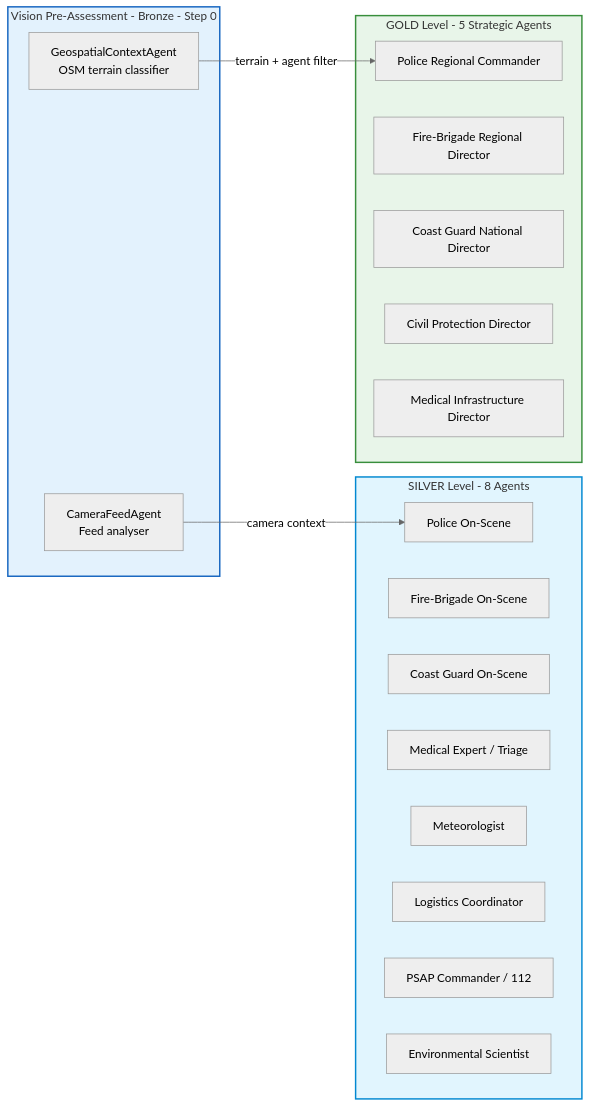
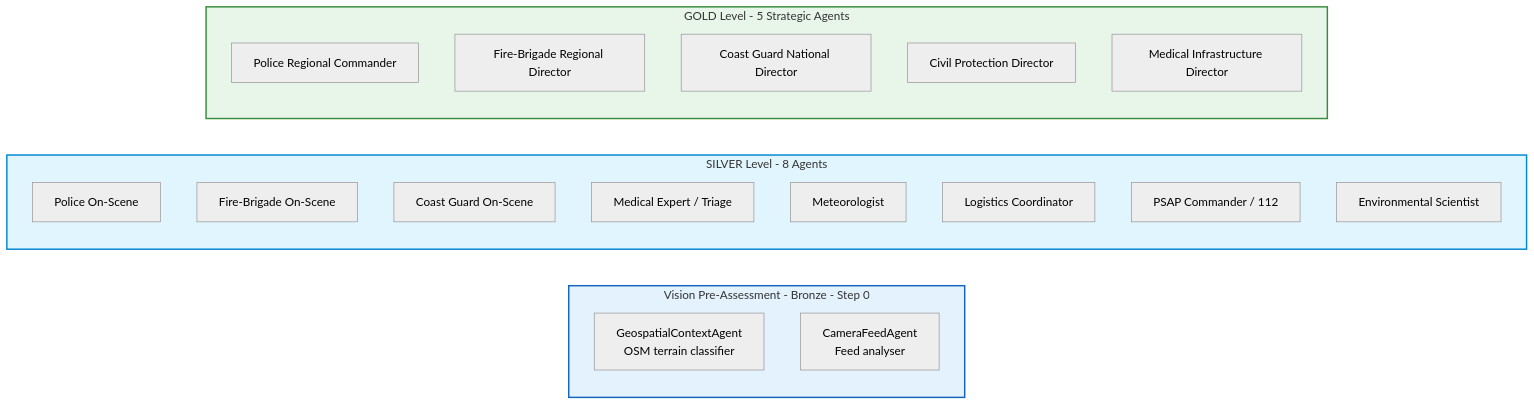
Before and after one commit to kerbgr/crisis_mas_poc: the second of 7 diagrams in academic_journal_draft_long version.md, drawn with Mermaid (neutral theme). The commit also changed other lines of this file, not shown here.

Commit message:
fix mermaid: remove cycle (D1) and cross-subgraph arrows (D2) to prevent layout engine failure
Diagram 1 (flowchart TD): removed EVAL-->UI back-edge that created a cycle,
causing Dagre to render then silently clear the diagram.

Diagram 2 (graph LR): removed GEO-->G1 and CAM-->T1 cross-subgraph arrows;
routing is described in the figure caption. Subgraph definitions unchanged.

Rollback: git revert HEAD  (or git reset --hard d0115e1 to also undo D0 fixes)

````diff
--- a/academic_journal_draft_long version.md
+++ b/academic_journal_draft_long version.md
@@ -170,29 +169,27 @@
 ```mermaid
 graph LR
     subgraph VIS["Vision Pre-Assessment - Bronze - Step 0"]
         GEO["GeospatialContextAgent<br/>OSM terrain classifier"]
         CAM["CameraFeedAgent<br/>Feed analyser"]
     end
     subgraph SIL["SILVER Level - 8 Agents"]
         T1[Police On-Scene]
         T2[Fire-Brigade On-Scene]
         T3[Coast Guard On-Scene]
         T4["Medical Expert / Triage"]
         A1[Meteorologist]
         A2[Logistics Coordinator]
         A3["PSAP Commander / 112"]
         A4[Environmental Scientist]
     end
     subgraph GOL["GOLD Level - 5 Strategic Agents"]
         G1[Police Regional Commander]
         G2[Fire-Brigade Regional Director]
         G3[Coast Guard National Director]
         G4[Civil Protection Director]
         G5[Medical Infrastructure Director]
     end
-    GEO -->|terrain + agent filter| G1
-    CAM -->|camera context| T1
     style VIS fill:#e3f2fd,stroke:#1565c0,stroke-width:2px
     style SIL fill:#e1f5fe,stroke:#0288d1,stroke-width:2px
     style GOL fill:#e8f5e9,stroke:#388e3c,stroke-width:2px
 ```
````
